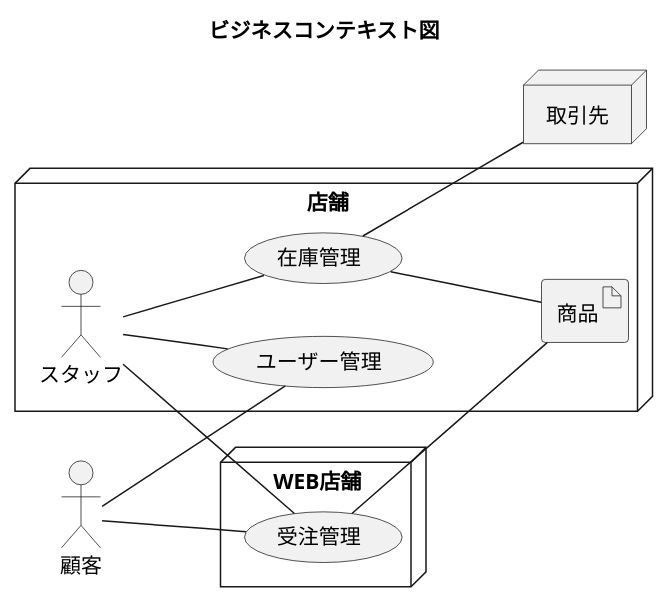
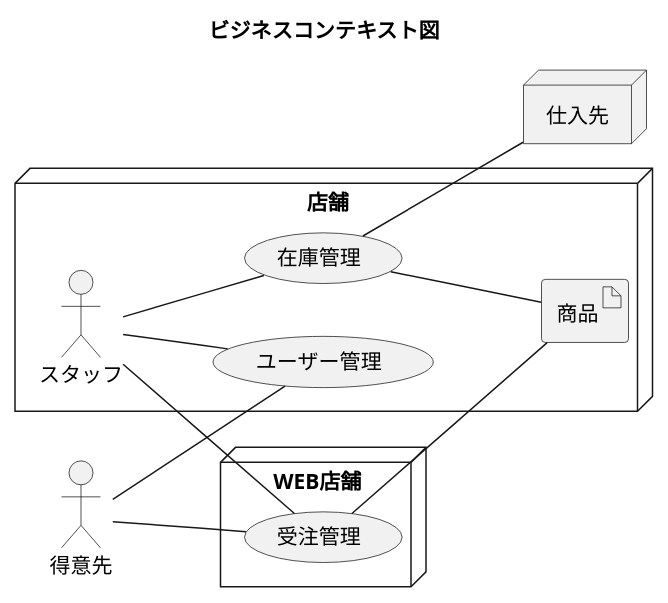
Before and after one commit to k2works/application_programing_excercise_2022: the fourth of 28 diagrams in docs/index.adoc, drawn with PlantUML. The commit also changed other lines of this file, not shown here.

```diff
--- a/docs/index.adoc
+++ b/docs/index.adoc
@@ -186,36 +188,36 @@
 [plantuml]
 ----
 @startuml
 
 title ビジネスコンテキスト図
 
 left to right direction
 
-actor 顧客 as ac_01
+actor 得意先 as ac_01
 
 node WEB店舗 as no_01{
   usecase 受注管理 as uc_01
 }
 
 node 店舗 as no_02 {
   actor スタッフ as ac_02
 
   usecase 在庫管理 as uc_02
   usecase ユーザー管理 as uc_03
   artifact 商品 as ar_01
 }
 
-node 取引先 as no_03 {
+node 仕入先 as no_03 {
 }
 
 ac_01 -- (uc_01)
 ac_02 - (uc_01)
 (uc_01) -- (ar_01)
 ac_02 -- (uc_02)
 (uc_02) -- (ar_01)
 (uc_02) -- no_03
 ac_01 -- (uc_03)
 ac_02 -- (uc_03)
 
 @enduml
 ----
```
